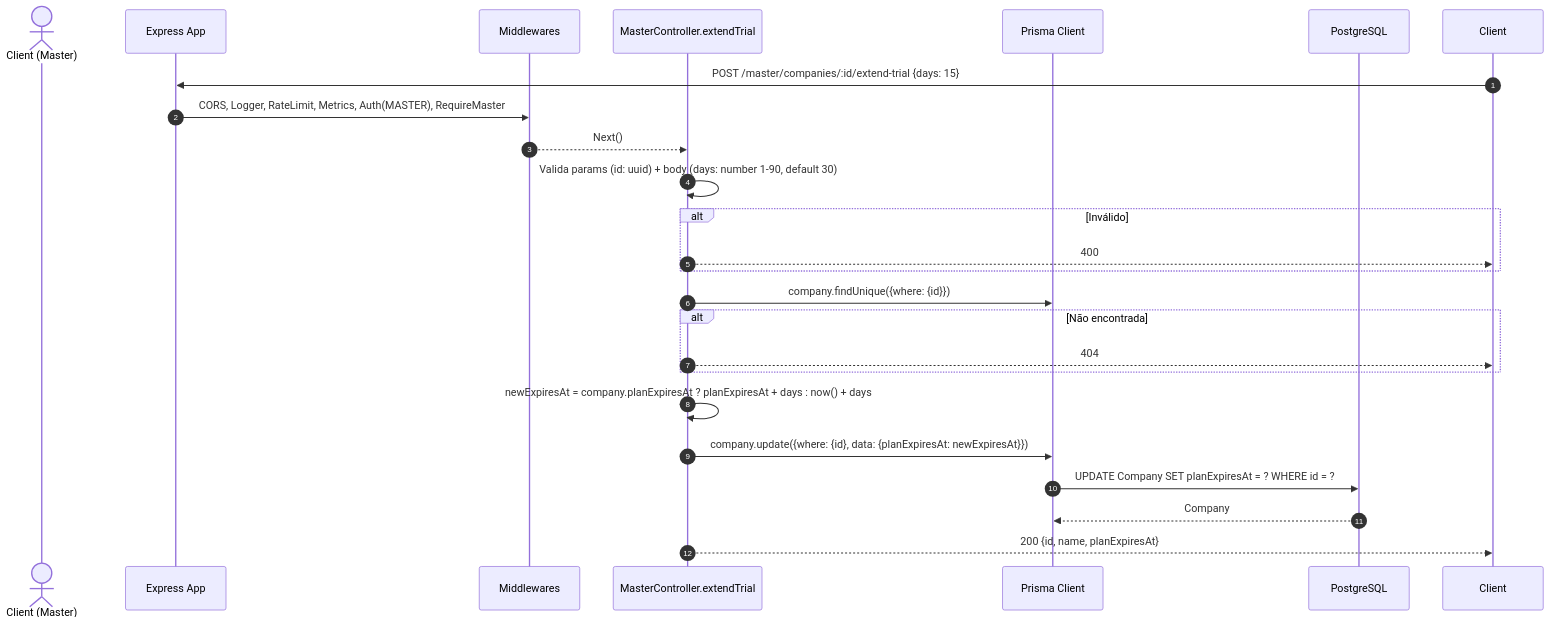
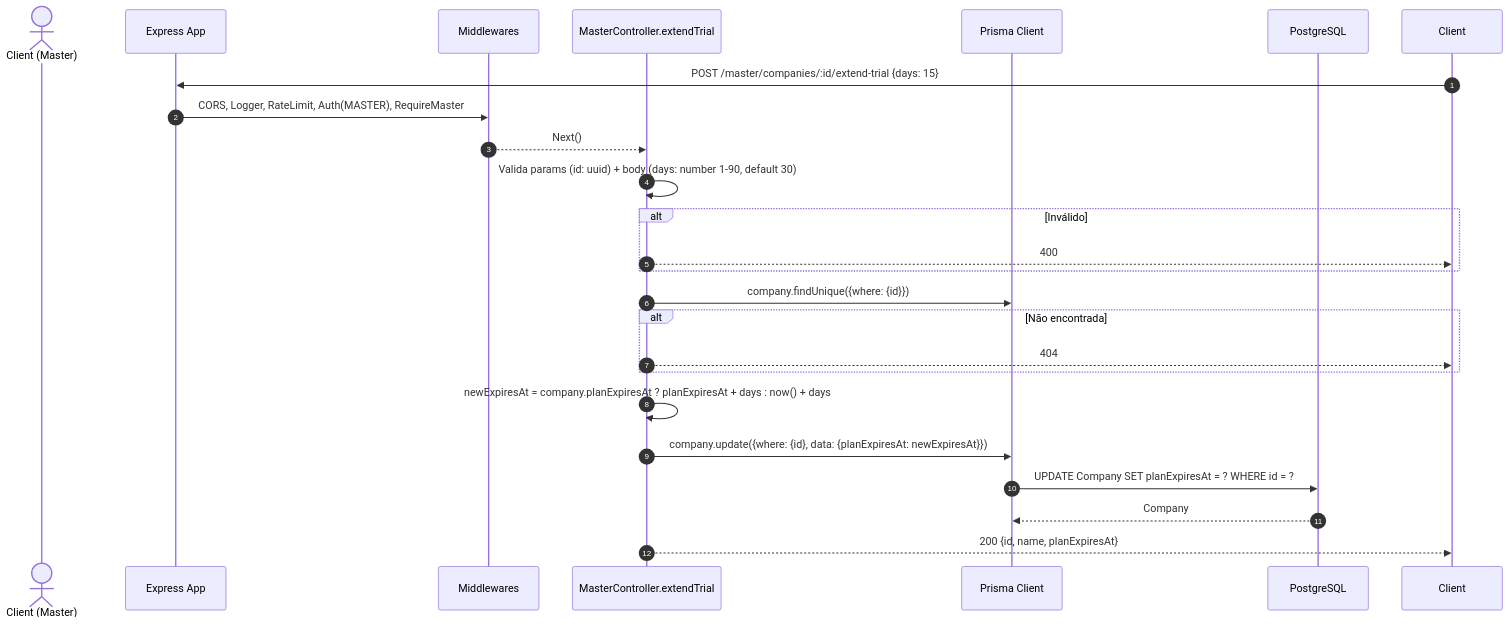
The third of 3 diagrams in backend/src/diagramas/18-master-plan-status-trial.md (M-Fragata/Viggo), drawn with Mermaid before and after one commit. The commit also changed other lines of this file and 48 other files, not shown here.

````diff
--- a/backend/src/diagramas/18-master-plan-status-trial.md
+++ b/backend/src/diagramas/18-master-plan-status-trial.md
@@ -118,32 +118,32 @@
 ```mermaid
 sequenceDiagram
     autonumber
     actor Client (Master)
     participant Express as Express App
     participant Middlewares as Middlewares
     participant MasterCtrl as MasterController.extendTrial
     participant Prisma as Prisma Client
     participant DB as PostgreSQL
 
     Client->>Express: POST /master/companies/:id/extend-trial {days: 15}
-    Express->>Middlewares: CORS, Logger, RateLimit, Metrics, Auth(MASTER), RequireMaster
+    Express->>Middlewares: CORS, Logger, RateLimit, Auth(MASTER), RequireMaster
     Middlewares-->>MasterCtrl: Next()
 
     MasterCtrl->>MasterCtrl: Valida params (id: uuid) + body (days: number 1-90, default 30)
     alt Inválido
         MasterCtrl-->>Client: 400
     end
 
     MasterCtrl->>Prisma: company.findUnique({where: {id}})
     alt Não encontrada
         MasterCtrl-->>Client: 404
     end
 
     MasterCtrl->>MasterCtrl: newExpiresAt = company.planExpiresAt ? planExpiresAt + days : now() + days
 
     MasterCtrl->>Prisma: company.update({where: {id}, data: {planExpiresAt: newExpiresAt}})
     Prisma->>DB: UPDATE Company SET planExpiresAt = ? WHERE id = ?
     DB-->>Prisma: Company
 
     MasterCtrl-->>Client: 200 {id, name, planExpiresAt}
 ```
````
